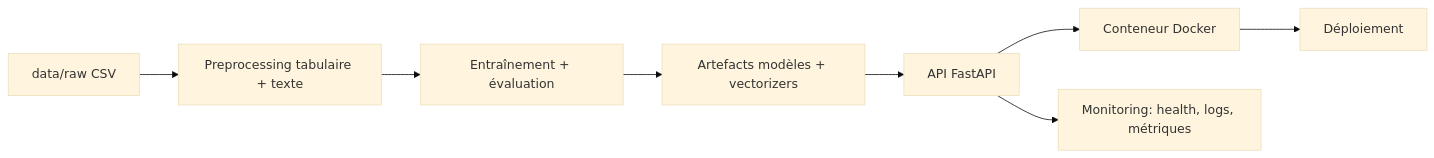
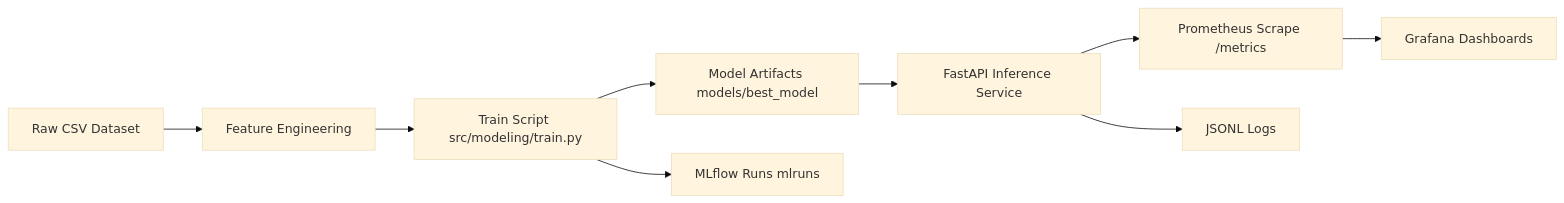
One commit to userZku/multimodal-classification changed the first of 2 diagrams in README.md. Above: the diagram before and after it, drawn with Mermaid (base theme). The commit also changed other lines of this file, not shown here.

````diff
--- a/README.md
+++ b/README.md
@@ -16,10 +56,11 @@
 ```mermaid
 flowchart LR
-   A[data/raw CSV] --> B[Preprocessing tabulaire + texte]
-   B --> C[Entraînement + évaluation]
-   C --> D[Artefacts modèles + vectorizers]
-   D --> E[API FastAPI]
-   E --> F[Conteneur Docker]
-   F --> G[Déploiement]
-   E --> H[Monitoring: health, logs, métriques]
+   A[Raw CSV Dataset] --> B[Feature Engineering]
+   B --> C[Train Script src/modeling/train.py]
+   C --> D[Model Artifacts models/best_model]
+   C --> E[MLflow Runs mlruns]
+   D --> F[FastAPI Inference Service]
+   F --> G[Prometheus Scrape /metrics]
+   G --> H[Grafana Dashboards]
+   F --> I[JSONL Logs]
 ```
````
